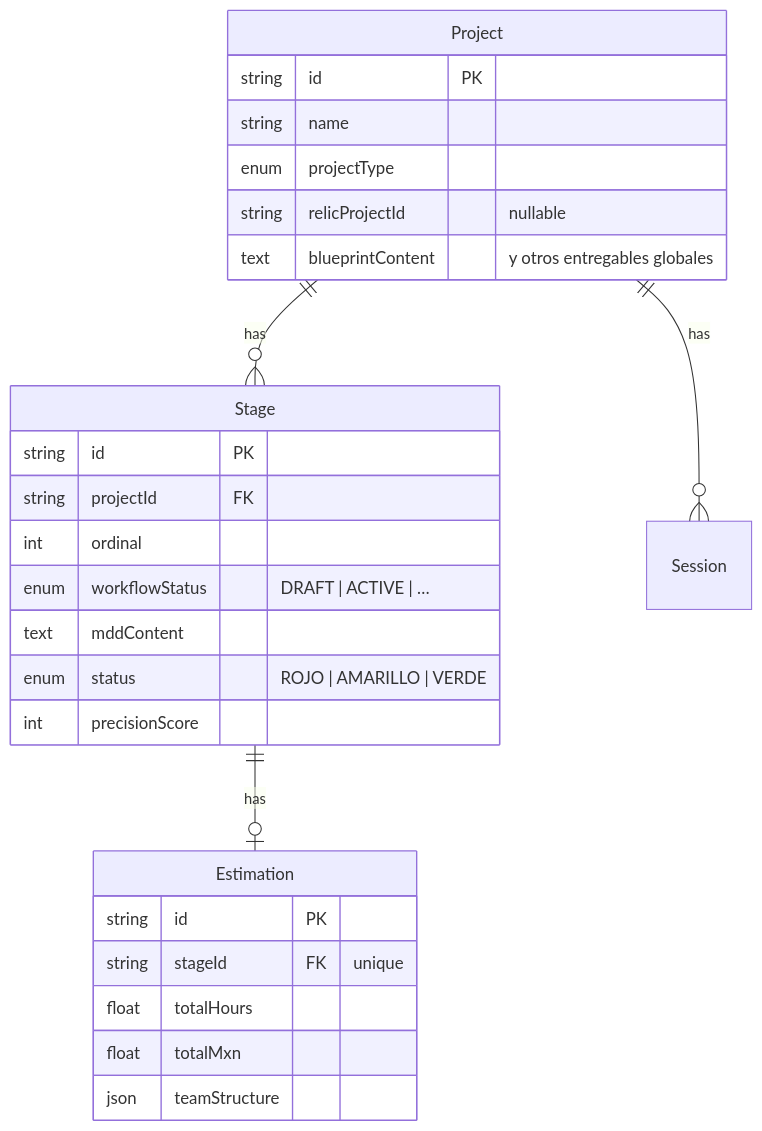
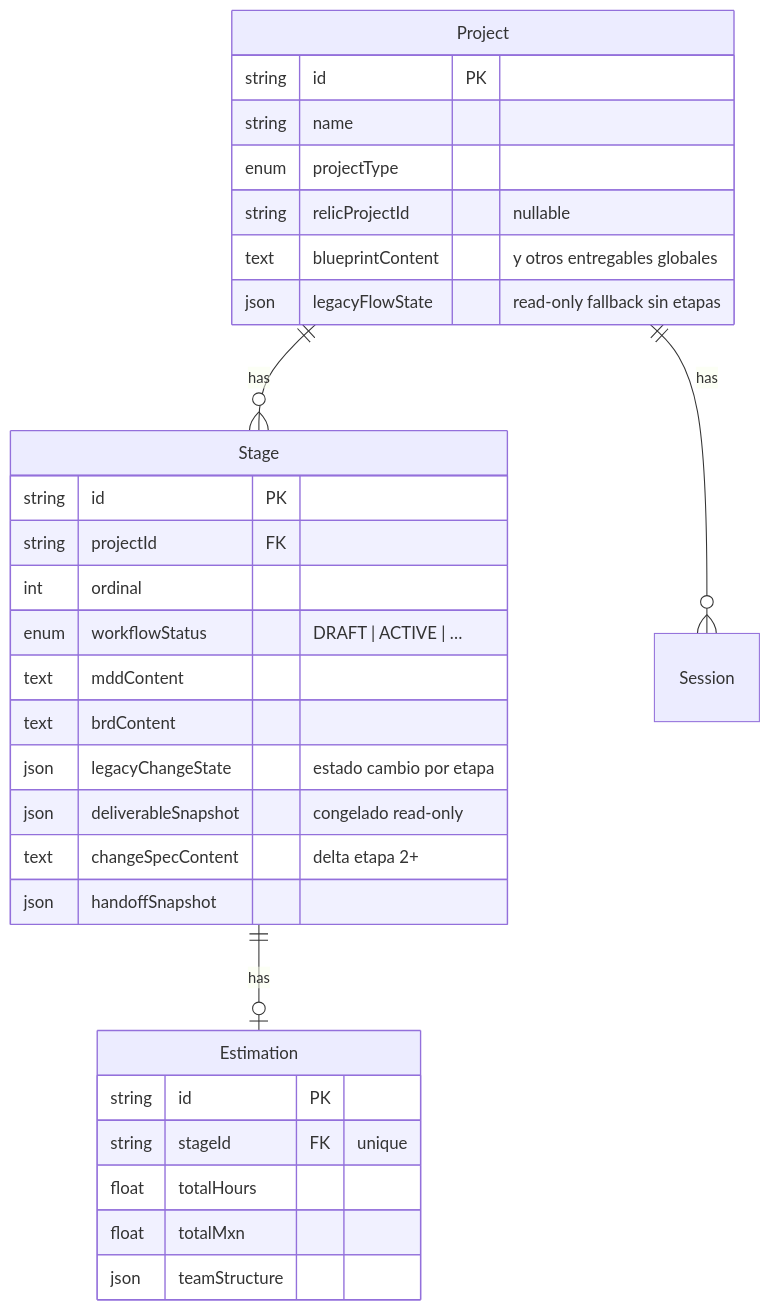
One commit to rikimundo-dev/theforge changed the diagram in docs/notebooklm/STAGE-SDD.md. Above: the diagram before and after it, drawn with Mermaid. The commit also changed other lines of this file and 4 other files, not shown here.

First line of the commit message:
feat(brownfield): P3 OpenSpec export, Workshop handoff gate, docs

````diff
--- a/docs/notebooklm/STAGE-SDD.md
+++ b/docs/notebooklm/STAGE-SDD.md
@@ -15,29 +15,33 @@
 ```mermaid
 erDiagram
   Project ||--o{ Stage : has
   Project ||--o{ Session : has
   Stage ||--o| Estimation : has
   Project {
     string id PK
     string name
     enum projectType
     string relicProjectId "nullable"
     text blueprintContent "y otros entregables globales"
+    json legacyFlowState "read-only fallback sin etapas"
   }
   Stage {
     string id PK
     string projectId FK
     int ordinal
     enum workflowStatus "DRAFT | ACTIVE | …"
     text mddContent
-    enum status "ROJO | AMARILLO | VERDE"
-    int precisionScore
+    text brdContent
+    json legacyChangeState "estado cambio por etapa"
+    json deliverableSnapshot "congelado read-only"
+    text changeSpecContent "delta etapa 2+"
+    json handoffSnapshot
   }
   Estimation {
     string id PK
     string stageId FK "unique"
     float totalHours
     float totalMxn
     json teamStructure
   }
 ```
````
